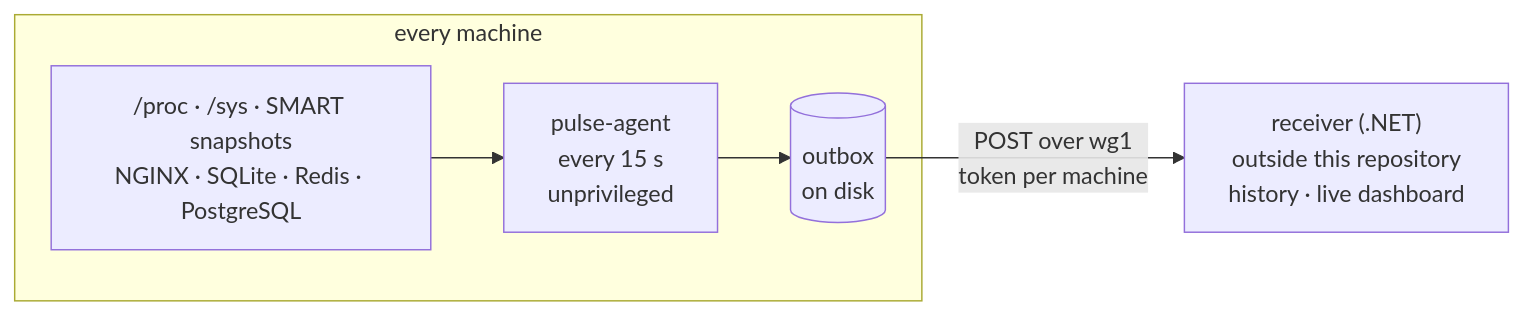
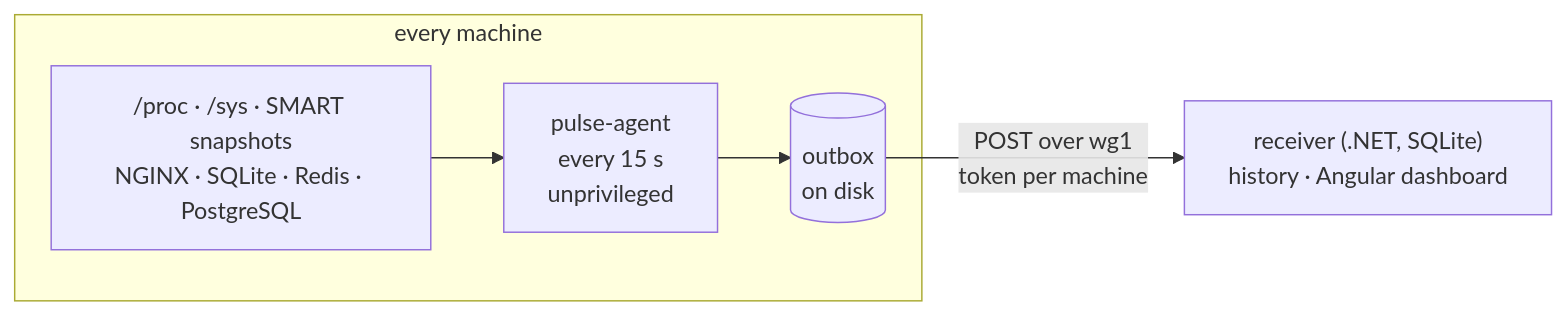
Before and after one commit to vpetukhov-wbss/homelab-infrastructure: the eighth of 8 diagrams in README.md, drawn with Mermaid. The commit also changed other lines of this file and 1 other file, not shown here.

First line of the commit message:
fix(pulse): make the dashboard image independent of the checkout umask

```diff
--- a/README.md
+++ b/README.md
@@ -210,8 +210,8 @@
 ~~~mermaid
 flowchart LR
     subgraph each ["every machine"]
         src["/proc · /sys · SMART snapshots<br/>NGINX · SQLite · Redis · PostgreSQL"] --> agent["pulse-agent<br/>every 15 s<br/>unprivileged"]
         agent --> q[("outbox<br/>on disk")]
     end
-    q -- "POST over wg1<br/>token per machine" --> api["receiver (.NET)<br/>outside this repository<br/>history · live dashboard"]
+    q -- "POST over wg1<br/>token per machine" --> api["receiver (.NET, SQLite)<br/>history · Angular dashboard"]
 ~~~
```
